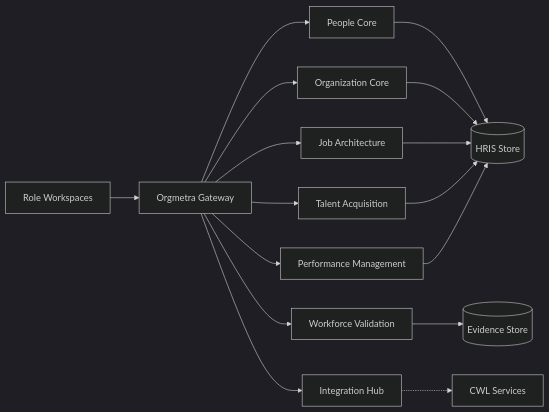
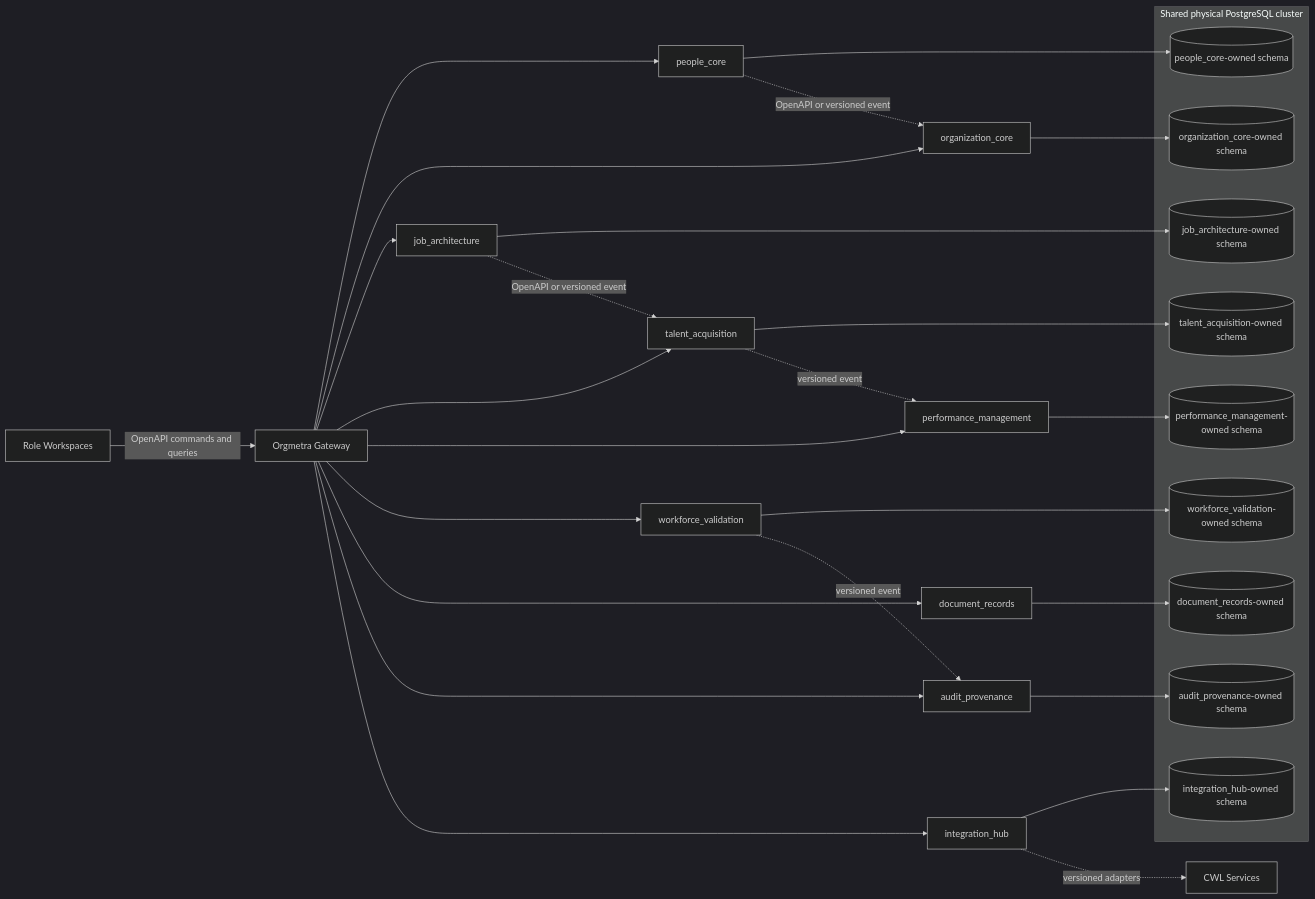
One commit to ContextualWisdomLab/Orgmetra changed the first of 3 diagrams in docs/UML.md. Above: the diagram before and after it, drawn with Mermaid (dark theme). The commit also changed other lines of this file, not shown here.

Commit message:
docs(uml): enforce review-confirm-record-audit flow

````diff
--- a/docs/UML.md
+++ b/docs/UML.md
@@ -5,18 +5,41 @@
 ```mermaid
 flowchart LR
-    ui[Role Workspaces] --> gateway[Orgmetra Gateway]
-    gateway --> people[People Core]
-    gateway --> org[Organization Core]
-    gateway --> jobs[Job Architecture]
-    gateway --> talent[Talent Acquisition]
-    gateway --> performance[Performance Management]
-    gateway --> validation[Workforce Validation]
-    gateway --> hub[Integration Hub]
-    people --> store[(HRIS Store)]
-    org --> store
-    jobs --> store
-    talent --> store
-    performance --> store
-    validation --> evidence[(Evidence Store)]
-    hub -.-> external[CWL Services]
+    ui[Role Workspaces] -->|OpenAPI commands and queries| gateway[Orgmetra Gateway]
+    gateway --> people[people_core]
+    gateway --> organization[organization_core]
+    gateway --> jobs[job_architecture]
+    gateway --> talent[talent_acquisition]
+    gateway --> performance[performance_management]
+    gateway --> validation[workforce_validation]
+    gateway --> documents[document_records]
+    gateway --> audit[audit_provenance]
+    gateway --> integration[integration_hub]
+
+    subgraph postgres[Shared physical PostgreSQL cluster]
+        people_store[(people_core-owned schema)]
+        organization_store[(organization_core-owned schema)]
+        jobs_store[(job_architecture-owned schema)]
+        talent_store[(talent_acquisition-owned schema)]
+        performance_store[(performance_management-owned schema)]
+        validation_store[(workforce_validation-owned schema)]
+        documents_store[(document_records-owned schema)]
+        audit_store[(audit_provenance-owned schema)]
+        integration_store[(integration_hub-owned schema)]
+    end
+
+    people --> people_store
+    organization --> organization_store
+    jobs --> jobs_store
+    talent --> talent_store
+    performance --> performance_store
+    validation --> validation_store
+    documents --> documents_store
+    audit --> audit_store
+    integration --> integration_store
+
+    people -. OpenAPI or versioned event .-> organization
+    jobs -. OpenAPI or versioned event .-> talent
+    talent -. versioned event .-> performance
+    validation -. versioned event .-> audit
+    integration -. versioned adapters .-> external[CWL Services]
 ```
````
